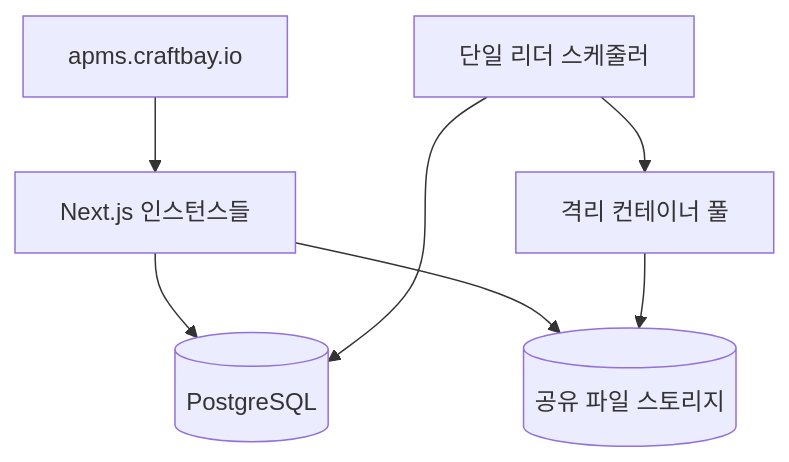
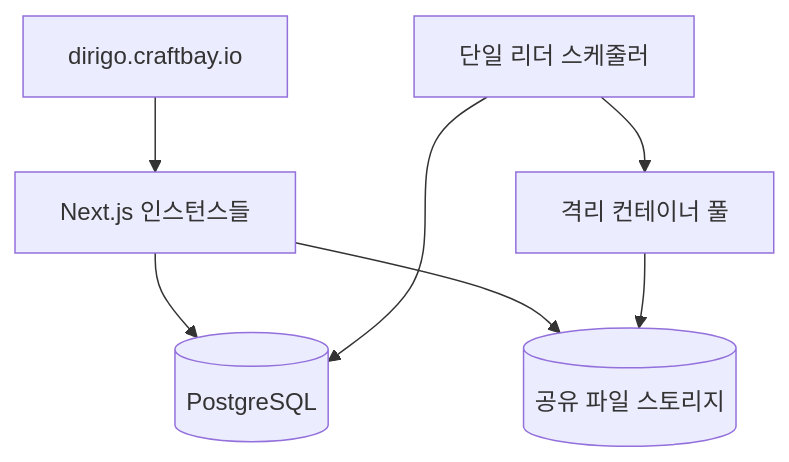
One commit to lisyoen/apms changed the fourth of 5 diagrams in docs/ko/ARCHITECTURE.md. Above: the diagram before and after it, drawn with Mermaid. The commit also changed other lines of this file and 41 other files, not shown here.

Commit message:
feat: switch to dirigo.craftbay.io and retire APMS identifiers (#3)

````diff
--- a/docs/ko/ARCHITECTURE.md
+++ b/docs/ko/ARCHITECTURE.md
@@ -194,9 +194,9 @@
 ```mermaid
 flowchart TB
-  LB[apms.craftbay.io] --> WEB[Next.js 인스턴스들]
+  LB[dirigo.craftbay.io] --> WEB[Next.js 인스턴스들]
   WEB --> PG[(PostgreSQL)]
   WEB --> SHARED[(공유 파일 스토리지)]
   SCH[단일 리더 스케줄러] --> PG
   SCH --> C[격리 컨테이너 풀]
   C --> SHARED
 ```
````
